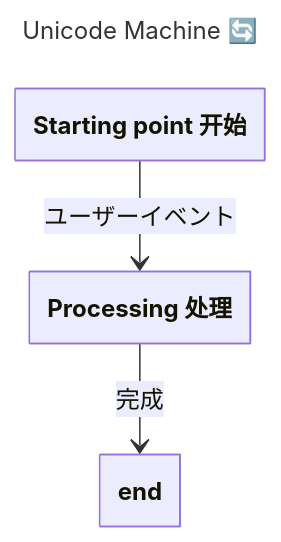
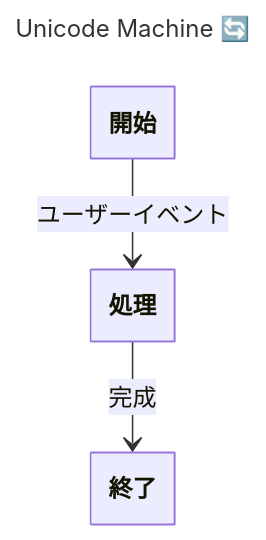
One commit to christopherdebeer/machine changed the diagram in test-output/generative/unicode_machine.md. Above: the diagram before and after it, drawn with Mermaid. The commit also changed other lines of this file and 28 other files, not shown here.

````diff
--- a/test-output/generative/unicode_machine.md
+++ b/test-output/generative/unicode_machine.md
@@ -19,24 +19,25 @@
 ```mermaid
 ---
 "title": "Unicode Machine 🔄"
 config:
     class:
         hideEmptyMembersBox: true
 ---
 classDiagram-v2
-    class start["Starting point 开始"] {
+    class start["開始"] {
     
   }
 
-  class process["Processing 处理"] {
+  class process["処理"] {
     
   }
 
-  class end {
+  class end["終了"] {
     
   }
     start --> process : ユーザーイベント
 
   process --> end : 完成
+  
 
 ```
````
